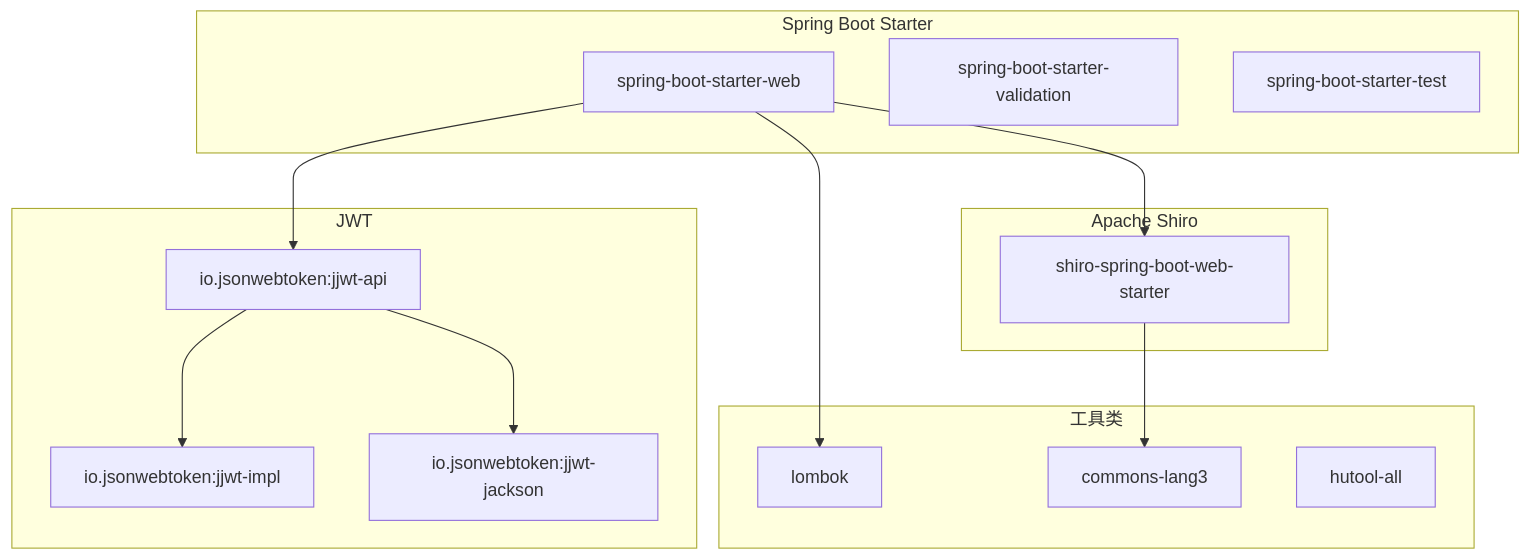
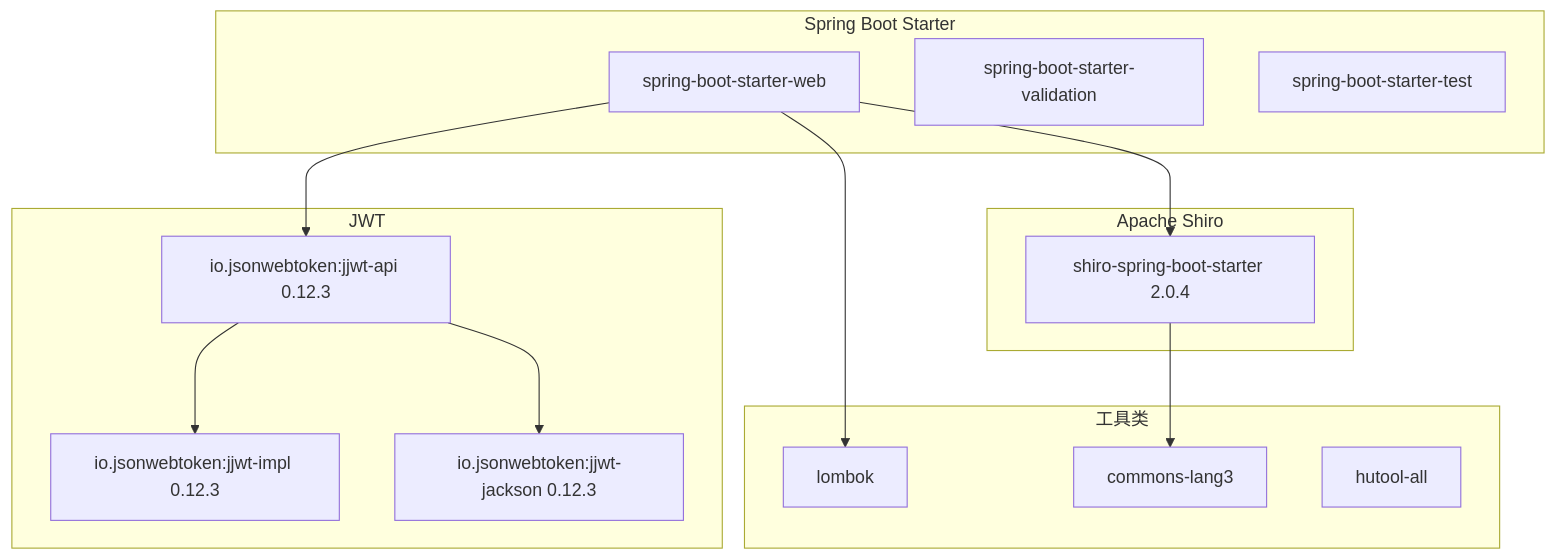
The ninth of 12 diagrams in .qoder/repowiki/zh/content/安全认证系统/Shiro安全配置.md (20164206160/zhishilu), drawn with Mermaid before and after one commit. The commit also changed other lines of this file and 28 other files, not shown here.

````diff
--- a/.qoder/repowiki/zh/content/安全认证系统/Shiro安全配置.md
+++ b/.qoder/repowiki/zh/content/安全认证系统/Shiro安全配置.md
@@ -329,27 +385,27 @@
 ```mermaid
 graph TB
 subgraph "Spring Boot Starter"
 SBWeb[spring-boot-starter-web]
 SBValidation[spring-boot-starter-validation]
 SBTest[spring-boot-starter-test]
 end
 subgraph "Apache Shiro"
-ShiroWeb[shiro-spring-boot-web-starter]
+ShiroWeb[shiro-spring-boot-starter 2.0.4]
 end
 subgraph "JWT"
-JJWTA[io.jsonwebtoken:jjwt-api]
-JJWTI[io.jsonwebtoken:jjwt-impl]
-JJWTJ[io.jsonwebtoken:jjwt-jackson]
+JJWTA[io.jsonwebtoken:jjwt-api 0.12.3]
+JJWTI[io.jsonwebtoken:jjwt-impl 0.12.3]
+JJWTJ[io.jsonwebtoken:jjwt-jackson 0.12.3]
 end
 subgraph "工具类"
 Lombok[lombok]
 CommonsLang[commons-lang3]
 Hutool[hutool-all]
 end
 SBWeb --> ShiroWeb
 SBWeb --> JJWTA
 SBWeb --> Lombok
 ShiroWeb --> CommonsLang
 JJWTA --> JJWTI
 JJWTA --> JJWTJ
 ```
````
